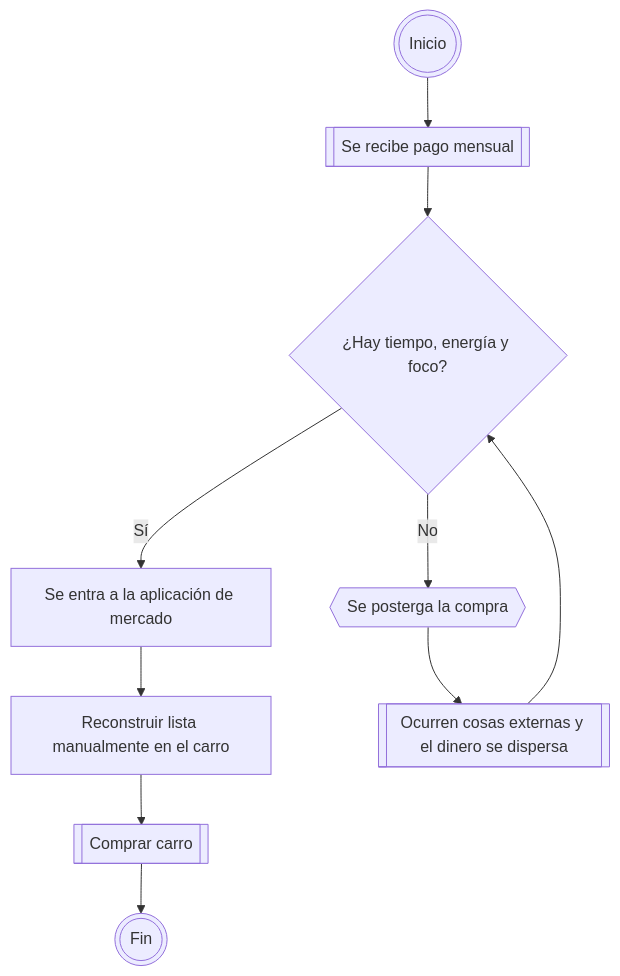
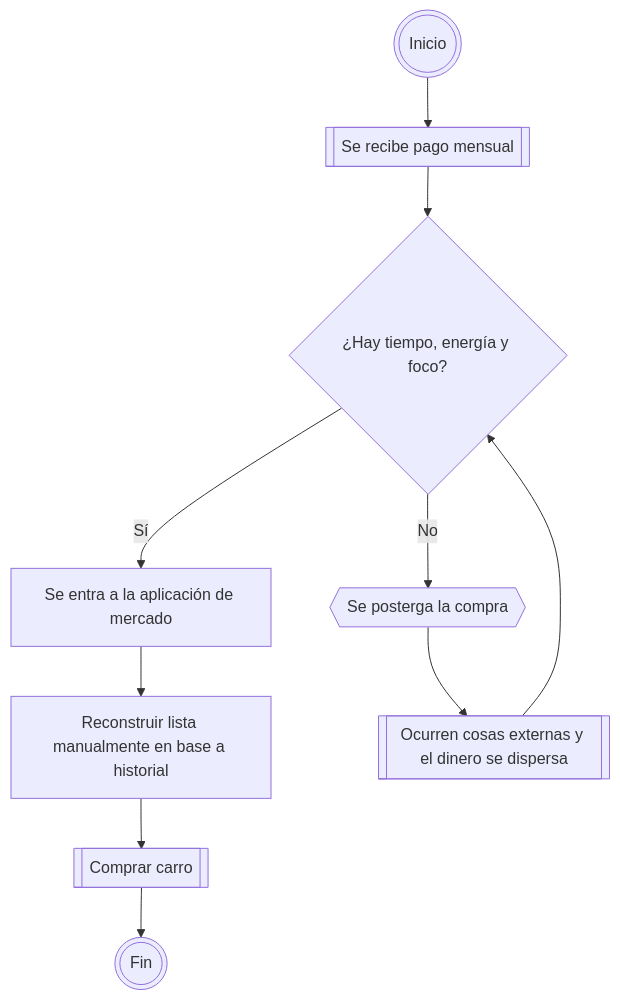
The diagram in Docs/Iteración 0/contextualizing/process.household-shopping.md (HernanFAR/DomumOrbis), drawn with Mermaid before and after one commit. The commit also changed other lines of this file and 3 other files, not shown here.

````diff
--- a/Docs/Iteración 0/contextualizing/process.household-shopping.md
+++ b/Docs/Iteración 0/contextualizing/process.household-shopping.md
@@ -16,31 +17,31 @@
 ```mermaid
 flowchart TD
   Start(((Inicio)))
   
   Payment[[Se recibe pago mensual]]
 
   Problem{¿Hay tiempo, energía y foco?}
 
   MercApp[Se entra a la aplicación de mercado]
-  CarReco[Reconstruir lista manualmente en el carro]
+  CarReco[Reconstruir lista manualmente en base a historial]
   BuyCar[[Comprar carro]]
 
   DelayPrep{{Se posterga la compra}}
   DinDisper[[Ocurren cosas externas y el dinero se dispersa]]
 
   End(((Fin)))
 
   Start --> Payment
   Payment --> Problem
 
   Problem -- Sí --> MercApp
   MercApp --> CarReco
   CarReco --> BuyCar
 
   Problem -- No --> DelayPrep
   DelayPrep --> DinDisper
 
   DinDisper --> Problem
 
   BuyCar --> End
 ```
````
